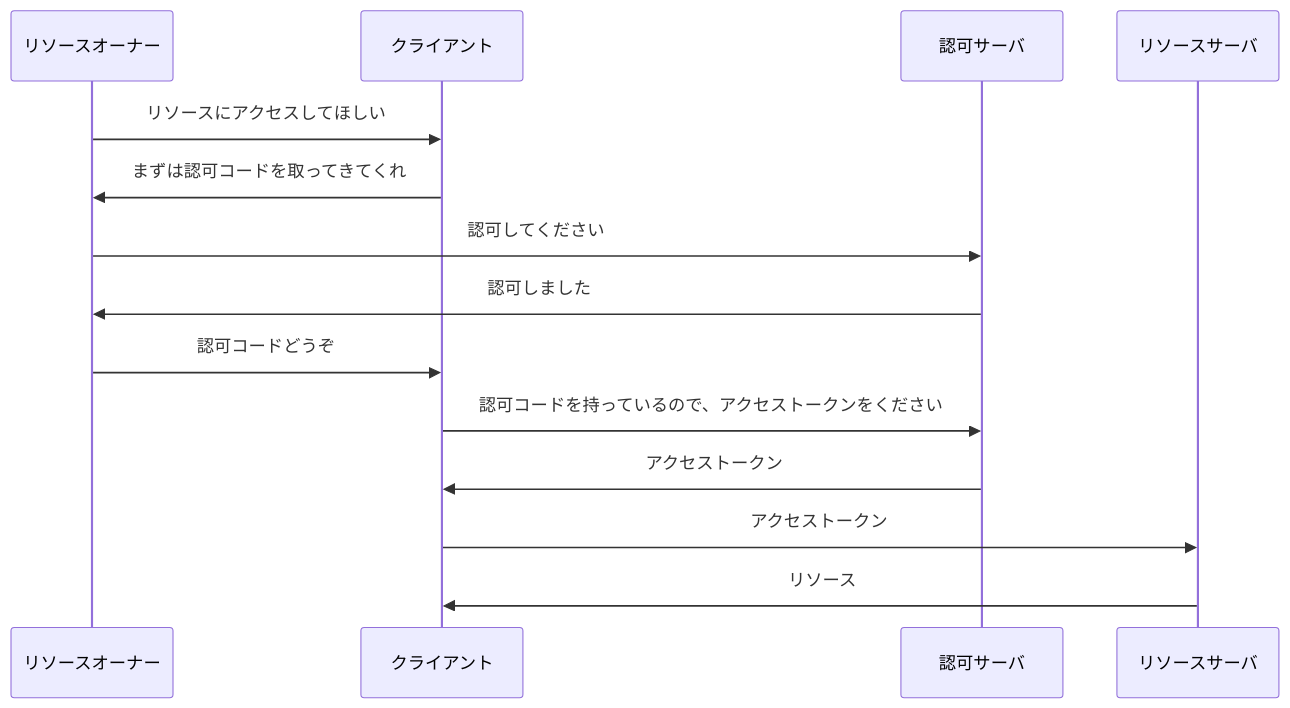
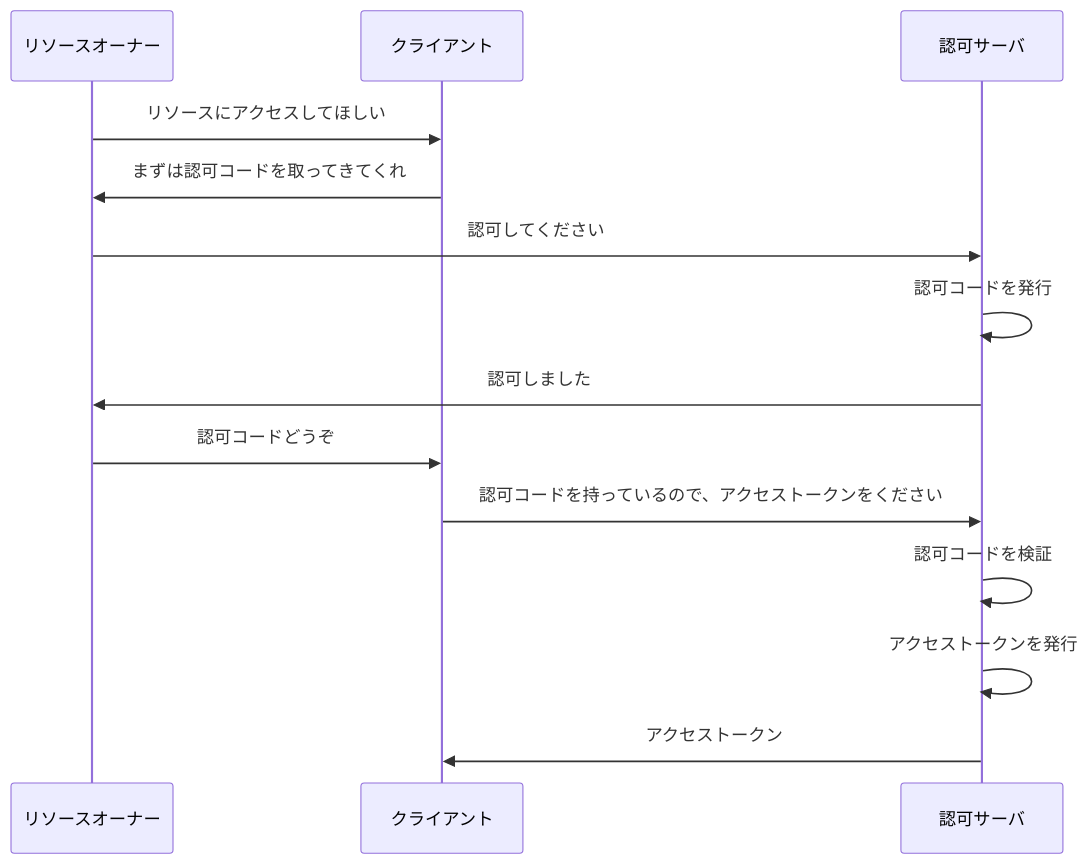
One commit to calloc134/zenn-dir changed the first of 20 diagrams in articles/5e8da6c491e720.md. Above: the diagram before and after it, drawn with Mermaid. The commit also changed other lines of this file, not shown here.

````diff
--- a/articles/5e8da6c491e720.md
+++ b/articles/5e8da6c491e720.md
@@ -338,17 +328,17 @@
 ```mermaid
 sequenceDiagram
     participant リソースオーナー
     participant クライアント
     participant 認可サーバ
-    participant リソースサーバ
 
     リソースオーナー->>クライアント: リソースにアクセスしてほしい
     クライアント->>リソースオーナー: まずは認可コードを取ってきてくれ
     リソースオーナー->>認可サーバ: 認可してください
+    認可サーバ->>認可サーバ: 認可コードを発行
     認可サーバ->>リソースオーナー: 認可しました
     リソースオーナー->>クライアント: 認可コードどうぞ
     クライアント->>認可サーバ: 認可コードを持っているので、アクセストークンをください
+    認可サーバ->>認可サーバ: 認可コードを検証
+    認可サーバ->>認可サーバ: アクセストークンを発行
     認可サーバ->>クライアント: アクセストークン
-    クライアント->>リソースサーバ: アクセストークン
-    リソースサーバ->>クライアント: リソース
 ```
````
